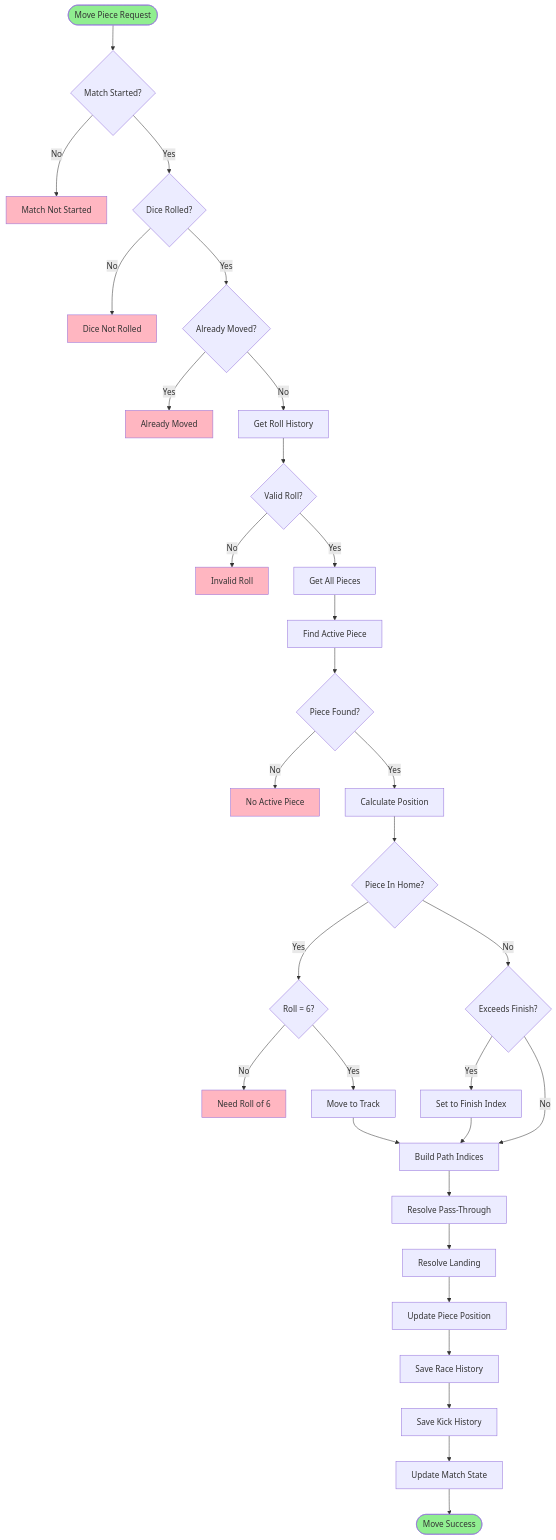
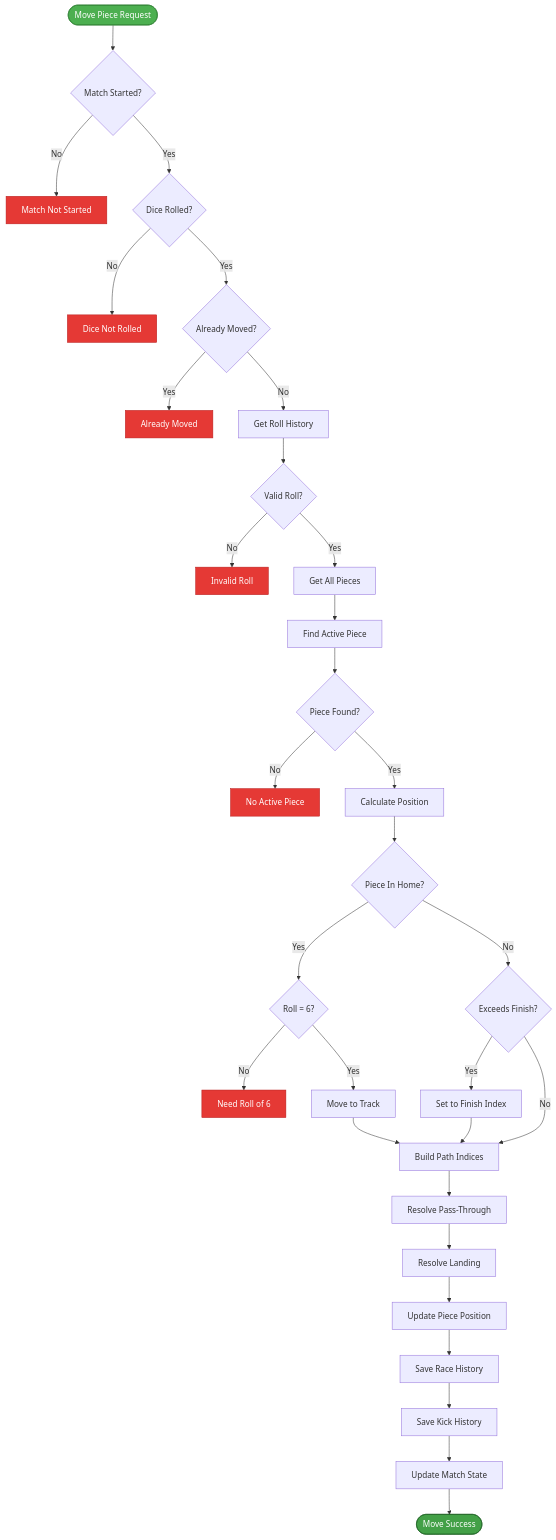
The eighth of 17 diagrams in gameplay-diagram.md (huanchainrgp/ludo-docs), drawn with Mermaid before and after one commit. The commit also changed other lines of this file and 1 other file, not shown here.

````diff
--- a/gameplay-diagram.md
+++ b/gameplay-diagram.md
@@ -325,53 +325,53 @@
 ```mermaid
 flowchart TD
     Start([Move Piece Request]) --> ValidateMatch{Match Started?}
     ValidateMatch -->|No| Error1[Match Not Started]
     ValidateMatch -->|Yes| CheckRolled{Dice Rolled?}
     
     CheckRolled -->|No| Error2[Dice Not Rolled]
     CheckRolled -->|Yes| CheckMoved{Already Moved?}
     
     CheckMoved -->|Yes| Error3[Already Moved]
     CheckMoved -->|No| GetRollHistory[Get Roll History]
     
     GetRollHistory --> ValidateRoll{Valid Roll?}
     ValidateRoll -->|No| Error4[Invalid Roll]
     ValidateRoll -->|Yes| GetPieces[Get All Pieces]
     
     GetPieces --> FindPiece[Find Active Piece]
     FindPiece --> CheckPiece{Piece Found?}
     CheckPiece -->|No| Error5[No Active Piece]
     CheckPiece -->|Yes| CalculatePos[Calculate Position]
     
     CalculatePos --> CheckHome{Piece In Home?}
     CheckHome -->|Yes| CheckRoll6{Roll = 6?}
     CheckHome -->|No| CheckFinish{Exceeds Finish?}
     
     CheckRoll6 -->|No| Error6[Need Roll of 6]
     CheckRoll6 -->|Yes| MoveToTrack[Move to Track]
     
     CheckFinish -->|Yes| SetFinish[Set to Finish Index]
     CheckFinish -->|No| BuildPath[Build Path Indices]
     
     MoveToTrack --> BuildPath
     SetFinish --> BuildPath
     
     BuildPath --> ResolvePass[Resolve Pass-Through]
     ResolvePass --> ResolveLanding[Resolve Landing]
     
     ResolveLanding --> UpdatePiece[Update Piece Position]
     UpdatePiece --> SaveRaceHistory[Save Race History]
     SaveRaceHistory --> SaveKickHistory[Save Kick History]
     SaveKickHistory --> UpdateMatch[Update Match State]
     
     UpdateMatch --> Success([Move Success])
     
-    style Start fill:#90EE90
-    style Success fill:#90EE90
-    style Error1 fill:#FFB6C1
-    style Error2 fill:#FFB6C1
-    style Error3 fill:#FFB6C1
-    style Error4 fill:#FFB6C1
-    style Error5 fill:#FFB6C1
-    style Error6 fill:#FFB6C1
+    style Start fill:#4CAF50,stroke:#2E7D32,color:#FFFFFF
+    style Success fill:#43A047,stroke:#1B5E20,color:#FFFFFF
+    style Error1 fill:#E53935,stroke:#B71C1C,color:#FFFFFF
+    style Error2 fill:#E53935,stroke:#B71C1C,color:#FFFFFF
+    style Error3 fill:#E53935,stroke:#B71C1C,color:#FFFFFF
+    style Error4 fill:#E53935,stroke:#B71C1C,color:#FFFFFF
+    style Error5 fill:#E53935,stroke:#B71C1C,color:#FFFFFF
+    style Error6 fill:#E53935,stroke:#B71C1C,color:#FFFFFF
 ```
````
